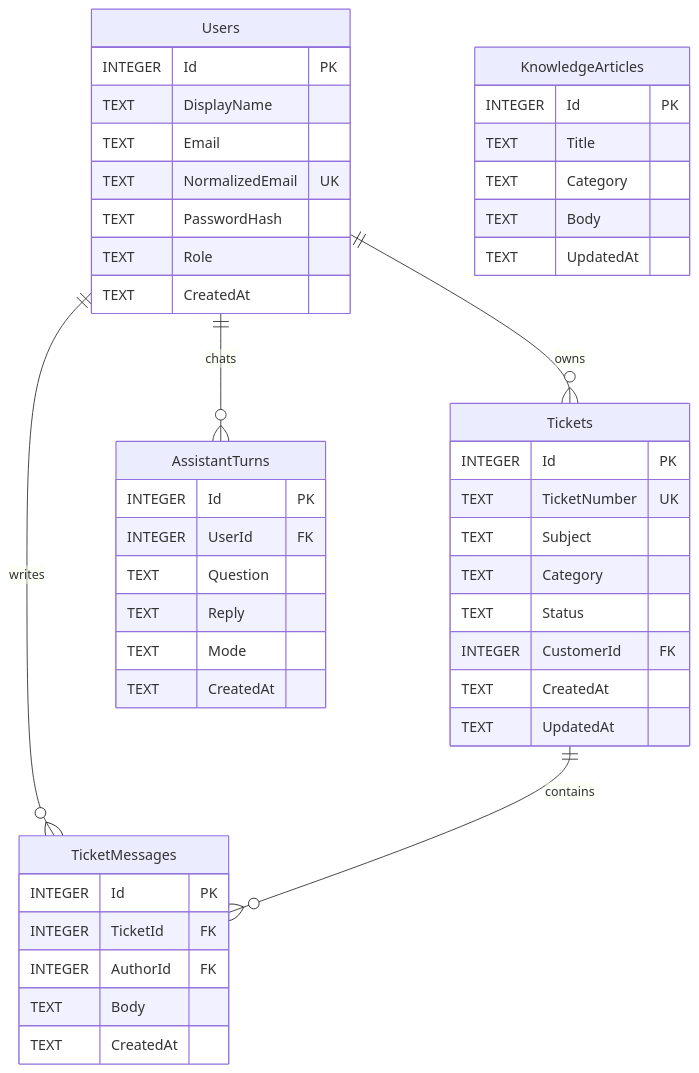
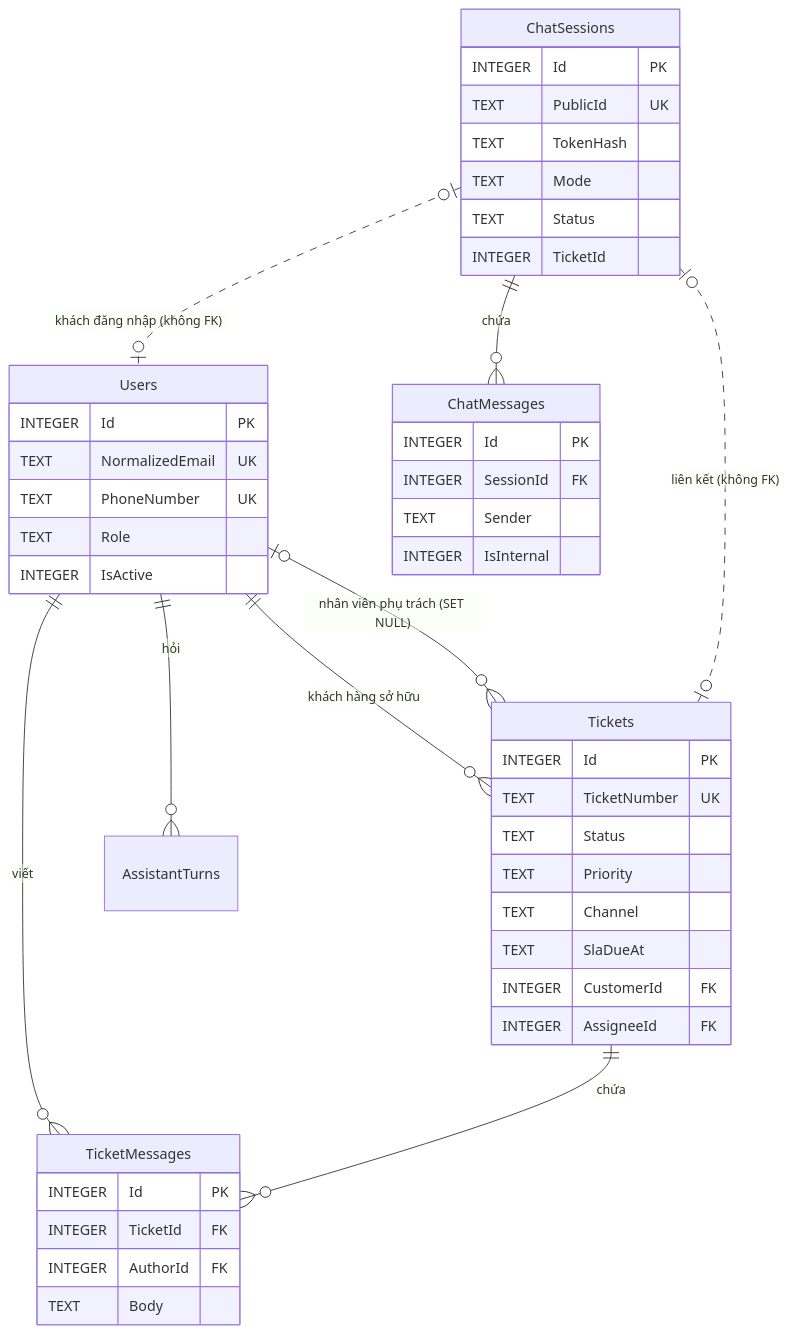
The diagram in CustomerSupport-main/docs/05-Thiet-ke-CSDL.md (dtc245200606/he-thong-quan-ly-ho-tro-khach-hang-co-tich-hop-AI), drawn with Mermaid before and after one commit. The commit also changed other lines of this file and 57 other files, not shown here.

````diff
--- a/CustomerSupport-main/docs/05-Thiet-ke-CSDL.md
+++ b/CustomerSupport-main/docs/05-Thiet-ke-CSDL.md
@@ -37,48 +38,38 @@
 ```mermaid
 erDiagram
-    Users ||--o{ Tickets : owns
-    Users ||--o{ TicketMessages : writes
-    Tickets ||--o{ TicketMessages : contains
-    Users ||--o{ AssistantTurns : chats
-    Users {
-        INTEGER Id PK
-        TEXT DisplayName
-        TEXT Email
+    Users ||--o{ Tickets : "khách hàng sở hữu"
+    Users |o--o{ Tickets : "nhân viên phụ trách (SET NULL)"
+    Users ||--o{ TicketMessages : viết
+    Tickets ||--o{ TicketMessages : chứa
+    Users ||--o{ AssistantTurns : hỏi
+    ChatSessions ||--o{ ChatMessages : chứa
+    ChatSessions |o..o| Tickets : "liên kết (không FK)"
+    ChatSessions |o..o| Users : "khách đăng nhập (không FK)"
+    Users { INTEGER Id PK
         TEXT NormalizedEmail UK
-        TEXT PasswordHash
+        TEXT PhoneNumber UK
         TEXT Role
-        TEXT CreatedAt
-    }
-    Tickets {
-        INTEGER Id PK
+        INTEGER IsActive }
+    Tickets { INTEGER Id PK
         TEXT TicketNumber UK
-        TEXT Subject
-        TEXT Category
         TEXT Status
+        TEXT Priority
+        TEXT Channel
+        TEXT SlaDueAt
         INTEGER CustomerId FK
-        TEXT CreatedAt
-        TEXT UpdatedAt
-    }
-    TicketMessages {
-        INTEGER Id PK
+        INTEGER AssigneeId FK }
+    TicketMessages { INTEGER Id PK
         INTEGER TicketId FK
         INTEGER AuthorId FK
-        TEXT Body
-        TEXT CreatedAt
-    }
-    KnowledgeArticles {
-        INTEGER Id PK
-        TEXT Title
-        TEXT Category
-        TEXT Body
-        TEXT UpdatedAt
-    }
-    AssistantTurns {
-        INTEGER Id PK
-        INTEGER UserId FK
-        TEXT Question
-        TEXT Reply
+        TEXT Body }
+    ChatSessions { INTEGER Id PK
+        TEXT PublicId UK
+        TEXT TokenHash
         TEXT Mode
-        TEXT CreatedAt
-    }
+        TEXT Status
+        INTEGER TicketId }
+    ChatMessages { INTEGER Id PK
+        INTEGER SessionId FK
+        TEXT Sender
+        INTEGER IsInternal }
 ```
````
